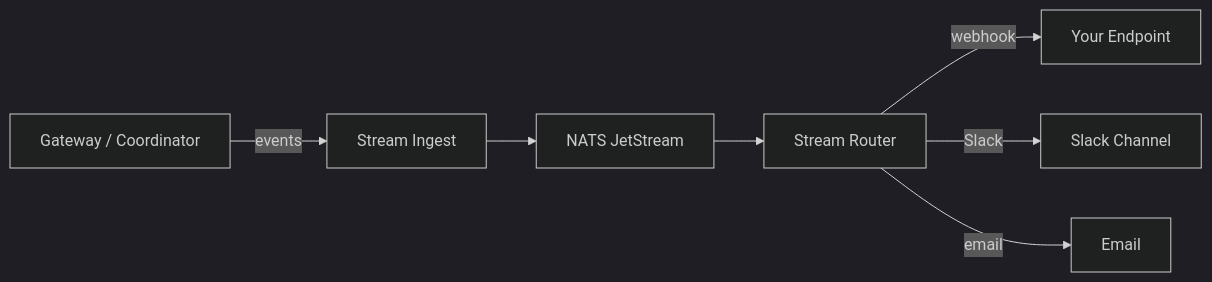
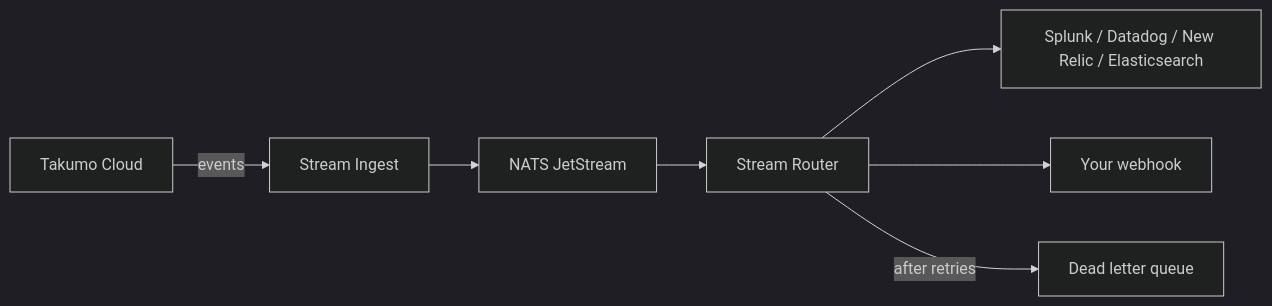
One commit to SirTingling/docs changed the diagram in concepts/streaming.mdx. Above: the diagram before and after it, drawn with Mermaid (dark theme). The commit also changed other lines of this file and 3 other files, not shown here.

````diff
--- a/concepts/streaming.mdx
+++ b/concepts/streaming.mdx
@@ -15,9 +15,9 @@
 ```mermaid
 flowchart LR
-    A[Gateway / Coordinator] -->|events| B[Stream Ingest]
+    A[Takumo Cloud] -->|events| B[Stream Ingest]
     B --> C[NATS JetStream]
     C --> D[Stream Router]
-    D -->|webhook| E[Your Endpoint]
-    D -->|Slack| F[Slack Channel]
-    D -->|email| G[Email]
+    D --> E[Splunk / Datadog / New Relic / Elasticsearch]
+    D --> F[Your webhook]
+    D -->|after retries| G[Dead letter queue]
 ```
````
